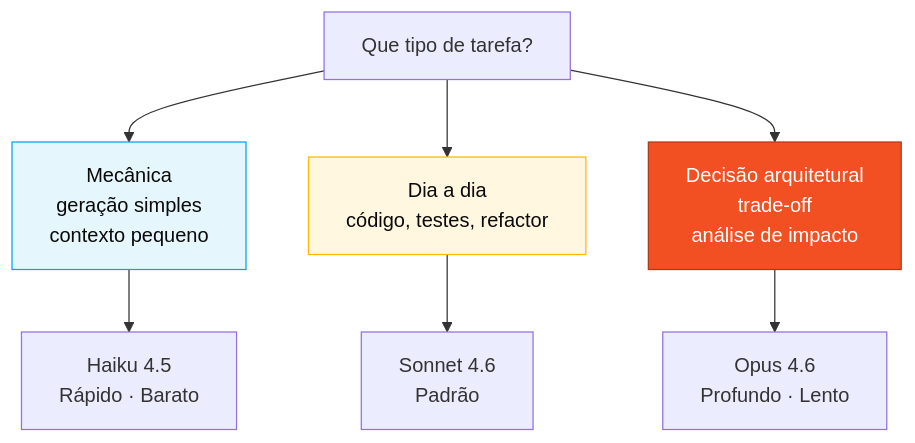
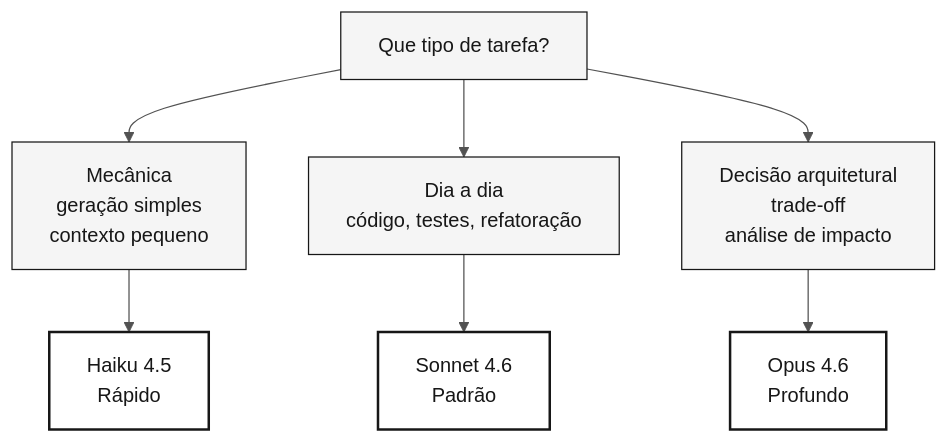
One commit to paulasilvatech/datacorp-mm-team-kit changed the diagram in 09-cheat-sheets/model-routing.md. Above: the diagram before and after it, drawn with Mermaid. The commit also changed other lines of this file and 91 other files, not shown here.

````diff
--- a/09-cheat-sheets/model-routing.md
+++ b/09-cheat-sheets/model-routing.md
@@ -29,15 +43,15 @@
 ```mermaid
+%%{init: {'theme':'neutral','themeVariables':{'fontFamily':'ui-sans-serif, system-ui, sans-serif','primaryColor':'#F5F5F5','primaryTextColor':'#171717','primaryBorderColor':'#171717','lineColor':'#525252','secondaryColor':'#FFFFFF','tertiaryColor':'#FAFAFA','background':'#FFFFFF'}}}%%
 flowchart TB
- classDef haiku fill:#E5F6FD,stroke:#00A4EF,color:#0A0A0A
- classDef sonnet fill:#FFF7E0,stroke:#FFB900,color:#0A0A0A
- classDef opus fill:#F25022,stroke:#B33816,color:#fff
+    classDef step fill:#F5F5F5,stroke:#171717,color:#171717
+    classDef result fill:#FFFFFF,stroke:#171717,color:#171717,stroke-width:2px
 
- Q[Que tipo de tarefa?]
- Q --> M[Mecânica<br/>geração simples<br/>contexto pequeno]:::haiku
- Q --> D[Dia a dia<br/>código, testes, refactor]:::sonnet
- Q --> A[Decisão arquitetural<br/>trade-off<br/>análise de impacto]:::opus
+    Q["Que tipo de tarefa?"]:::step
+    Q --> M["Mecânica<br/>geração simples<br/>contexto pequeno"]:::step
+    Q --> D["Dia a dia<br/>código, testes, refatoração"]:::step
+    Q --> A["Decisão arquitetural<br/>trade-off<br/>análise de impacto"]:::step
 
- M --> Haiku["Haiku 4.5<br/>Rápido · Barato"]
- D --> Sonnet["Sonnet 4.6<br/>Padrão"]
- A --> Opus["Opus 4.6<br/>Profundo · Lento"]
+    M --> Haiku["Haiku 4.5<br/>Rápido"]:::result
+    D --> Sonnet["Sonnet 4.6<br/>Padrão"]:::result
+    A --> Opus["Opus 4.6<br/>Profundo"]:::result
 ```
````
